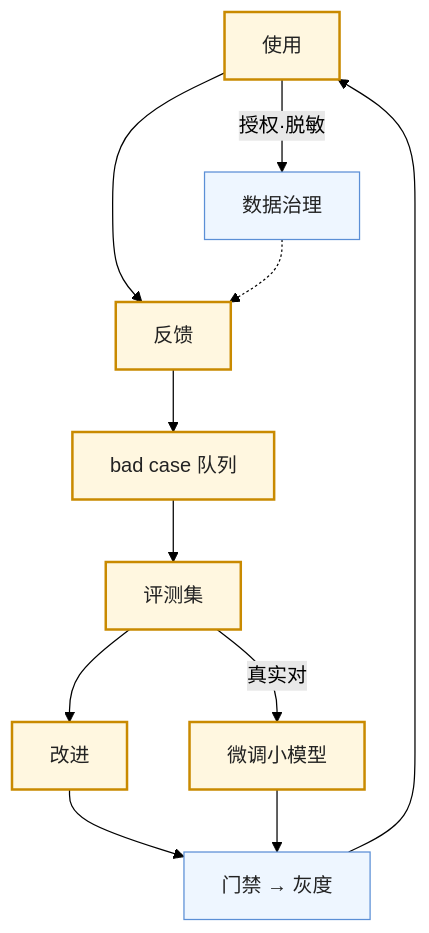
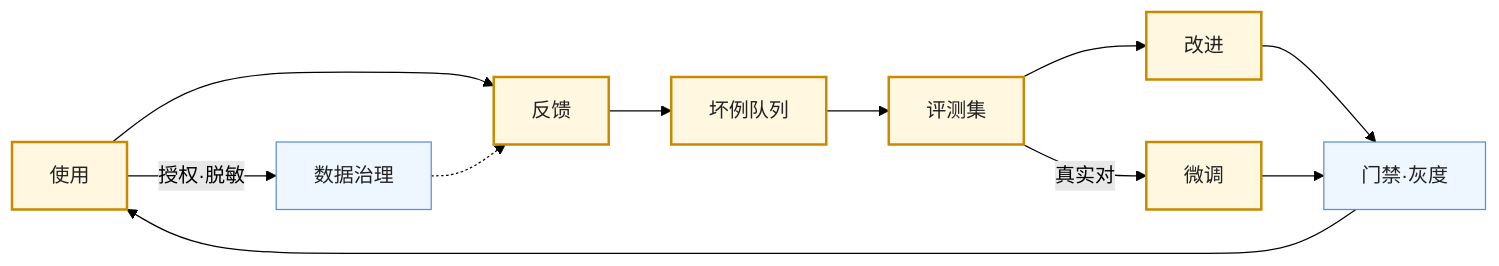
One commit to arganzheng/arganzheng.github.com changed the seventh of 7 diagrams in slides/2026-11-14-production-and-operations.md. Above: the diagram before and after it, drawn with Mermaid (forest theme).

Commit message:
deck(production-and-operations): flywheel mermaid TB→LR (smalltext 13.9px)

````diff
--- a/slides/2026-11-14-production-and-operations.md
+++ b/slides/2026-11-14-production-and-operations.md
@@ -270,19 +270,19 @@
 ```mermaid
 %%{init: {"flowchart": {"wrappingWidth": 180}}}%%
-flowchart TB
+flowchart LR
     U["使用"] --> F["反馈"]
-    F --> Q["bad case 队列"]
+    F --> Q["坏例队列"]
     Q --> E["评测集"]
     E --> I["改进"]
-    I --> G["门禁 → 灰度"]
+    I --> G["门禁·灰度"]
     G --> U
     U -->|"授权·脱敏"| D["数据治理"]
     D -.-> F
-    E -->|"真实对"| FT["微调小模型"]
+    E -->|"真实对"| FT["微调"]
     FT --> G
 
     classDef step fill:#fff7e0,stroke:#c98a00,stroke-width:2px,color:#222
     classDef gate fill:#eef6ff,stroke:#5b8fd6,color:#222
     class U,F,Q,E,I,FT step
     class G,D gate
 ```
````
